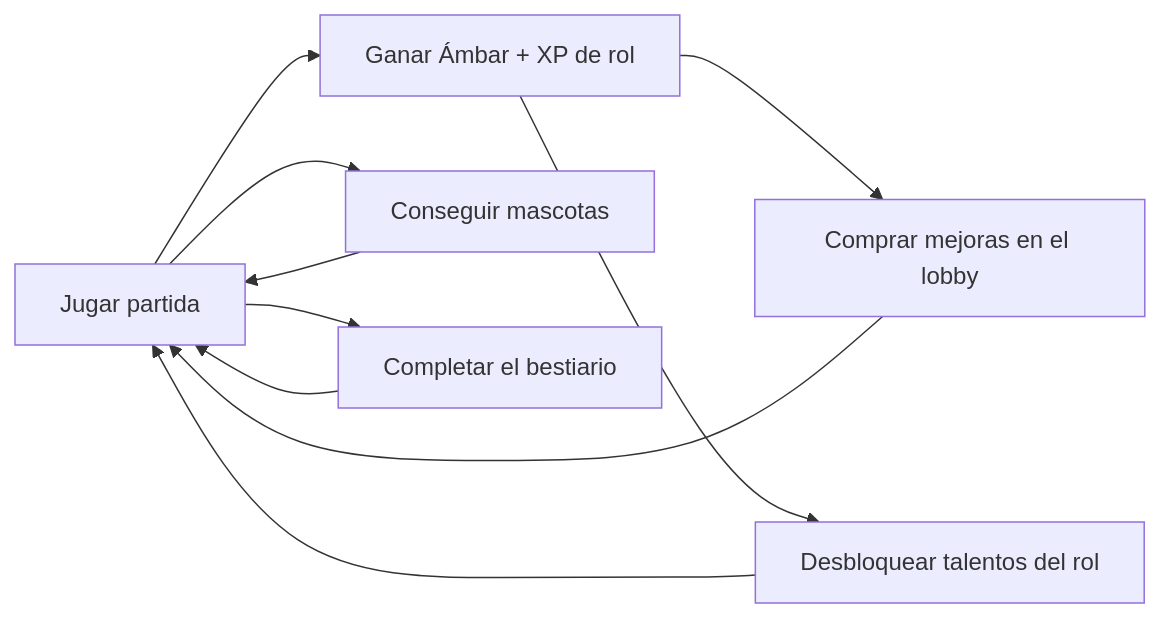
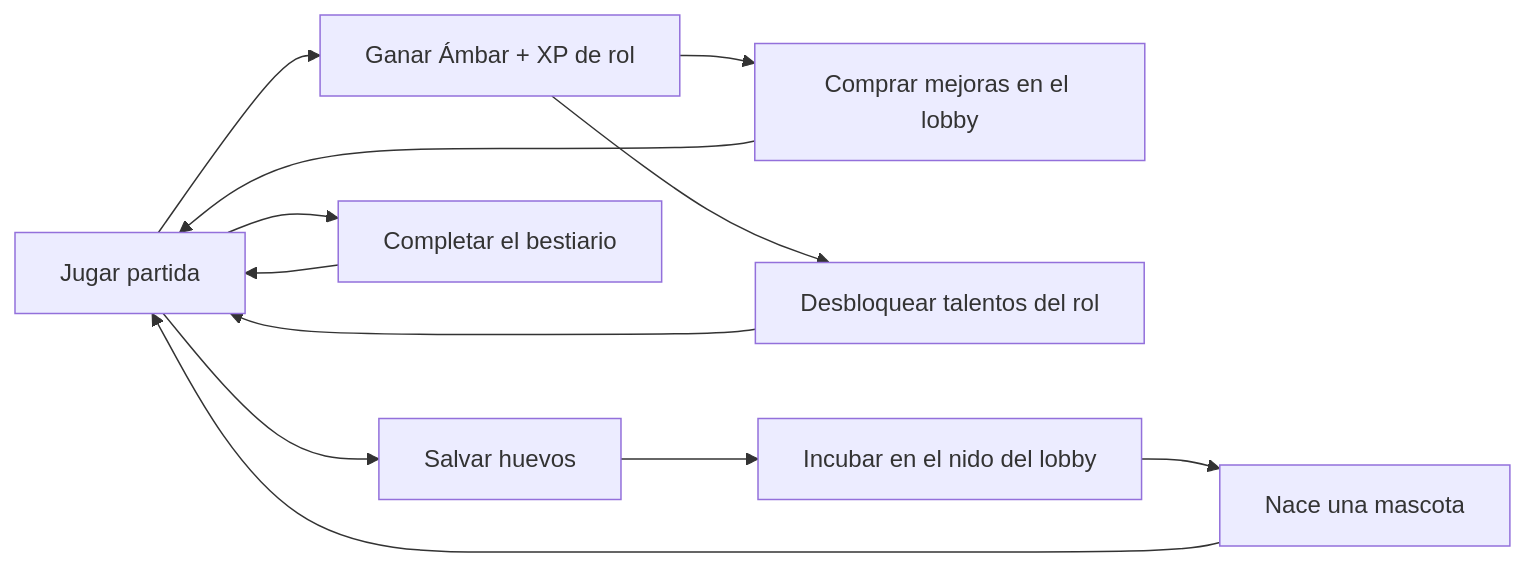
The third of 7 diagrams in docs/GDD.md (Discosofia/Monkey_Island_2026), drawn with Mermaid before and after one commit. The commit also changed other lines of this file and 2 other files, not shown here.

Commit message:
Documentación del bucle de retención: GDD (bucle, huevo y nido, economía), pruebas en VERIFICACION y fase 6b en el plan

````diff
--- a/docs/GDD.md
+++ b/docs/GDD.md
@@ -98,12 +98,14 @@
 ```mermaid
 flowchart LR
   P["Jugar partida"] --> M["Ganar Ámbar + XP de rol"]
   M --> U["Comprar mejoras en el lobby"]
   M --> T["Desbloquear talentos del rol"]
-  P --> PE["Conseguir mascotas"]
+  P --> H["Salvar huevos"]
+  H --> N["Incubar en el nido del lobby"]
+  N --> PE["Nace una mascota"]
   P --> BE["Completar el bestiario"]
   U --> P
   T --> P
   PE --> P
   BE --> P
 ```
````
